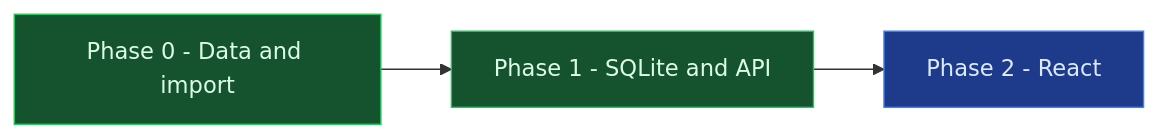
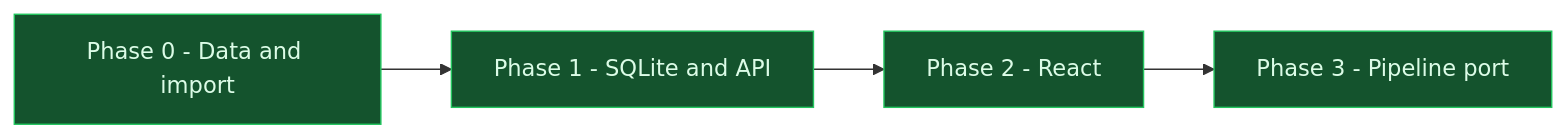
One commit to HDias/job-search changed the diagram in docs/roadmap.md. Above: the diagram before and after it, drawn with Mermaid. The commit also changed other lines of this file and 12 other files, not shown here.

First line of the commit message:
docs: record the phase 5 pipeline port

````diff
--- a/docs/roadmap.md
+++ b/docs/roadmap.md
@@ -5,11 +5,13 @@
 ```mermaid
 flowchart LR
   F0["Phase 0 - Data and import"]:::done
   F1["Phase 1 - SQLite and API"]:::done
-  F2["Phase 2 - React"]:::active
+  F2["Phase 2 - React"]:::done
+  F3["Phase 3 - Pipeline port"]:::done
 
   F0 --> F1 --> F2
+  F2 --> F3
 
   classDef done fill:#14532d,stroke:#22c55e,color:#dcfce7
   classDef active fill:#1e3a8a,stroke:#3b82f6,color:#dbeafe
 ```
````
